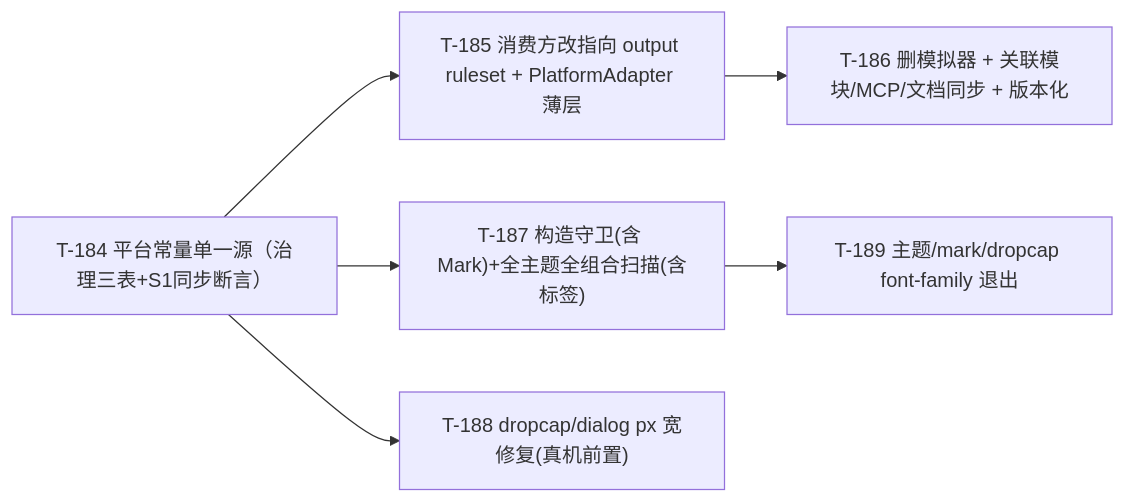
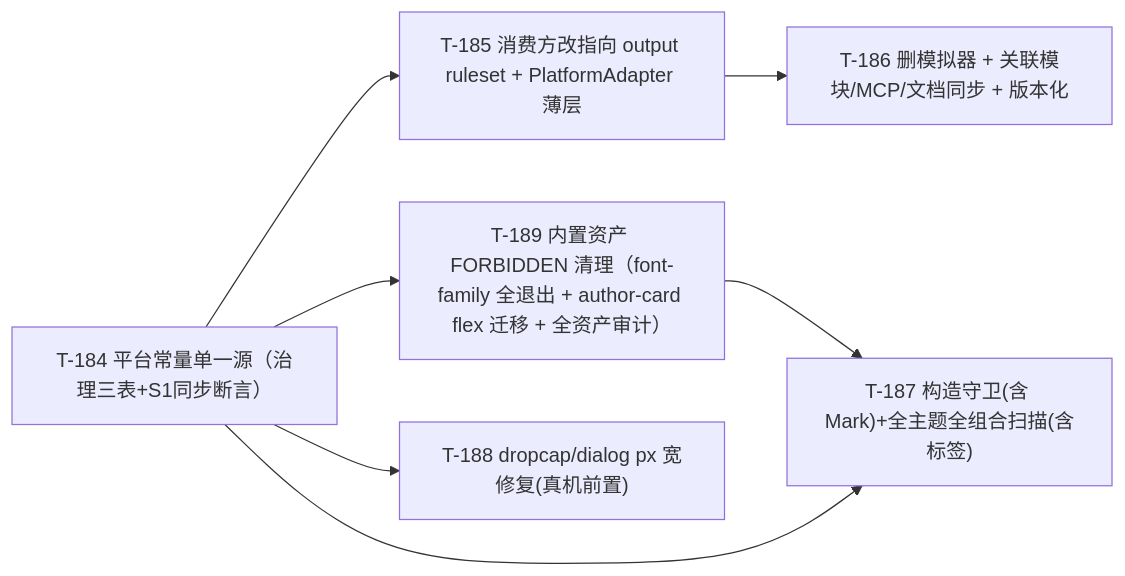
The diagram in docs/arch/AMENDMENT-platform-fidelity-r1.md (lync-cyber/wechat-flow), drawn with Mermaid before and after one commit. The commit also changed other lines of this file and 10 other files, not shown here.

````diff
--- a/docs/arch/AMENDMENT-platform-fidelity-r1.md
+++ b/docs/arch/AMENDMENT-platform-fidelity-r1.md
@@ -122,8 +138,9 @@
 ```mermaid
 graph LR
   T184["T-184 平台常量单一源（治理三表+S1同步断言）"] --> T185["T-185 消费方改指向 output ruleset + PlatformAdapter 薄层"]
-  T184 --> T187["T-187 构造守卫(含 Mark)+全主题全组合扫描(含标签)"]
+  T184 --> T189["T-189 内置资产 FORBIDDEN 清理（font-family 全退出 + author-card flex 迁移 + 全资产审计）"]
+  T189 --> T187["T-187 构造守卫(含 Mark)+全主题全组合扫描(含标签)"]
+  T184 --> T187
   T185 --> T186["T-186 删模拟器 + 关联模块/MCP/文档同步 + 版本化"]
   T184 --> T188["T-188 dropcap/dialog px 宽修复(真机前置)"]
-  T187 --> T189["T-189 主题/mark/dropcap font-family 退出"]
 ```
````
